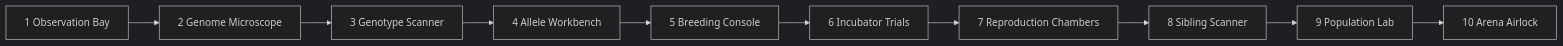
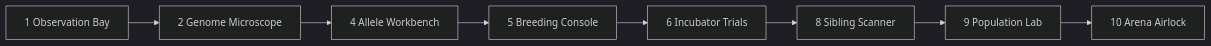
The first of 2 diagrams in docs/DRAGON_GENETICS_VISUAL_LAB_PLAN.md (erichaas74/PBL-Forge), drawn with Mermaid (dark theme) before and after one commit. The commit also changed other lines of this file and 27 other files, not shown here.

````diff
--- a/docs/DRAGON_GENETICS_VISUAL_LAB_PLAN.md
+++ b/docs/DRAGON_GENETICS_VISUAL_LAB_PLAN.md
@@ -60,12 +58,10 @@
 ```mermaid
 flowchart LR
   A[1 Observation Bay] --> B[2 Genome Microscope]
-  B --> C[3 Genotype Scanner]
-  C --> D[4 Allele Workbench]
+  B --> D[4 Allele Workbench]
   D --> E[5 Breeding Console]
   E --> F[6 Incubator Trials]
-  F --> G[7 Reproduction Chambers]
-  G --> H[8 Sibling Scanner]
+  F --> H[8 Sibling Scanner]
   H --> I[9 Population Lab]
   I --> J[10 Arena Airlock]
 ```
````
